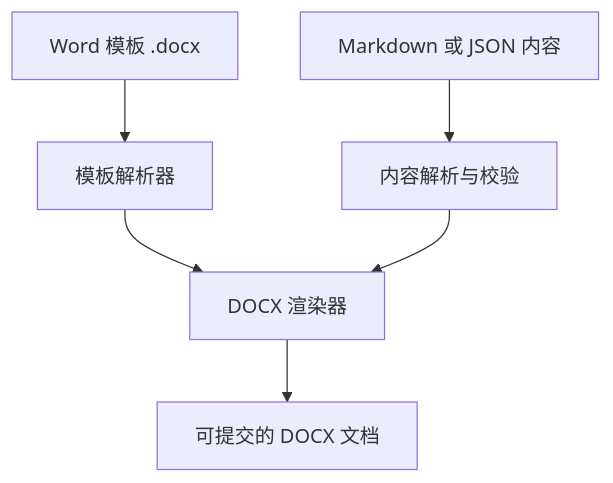
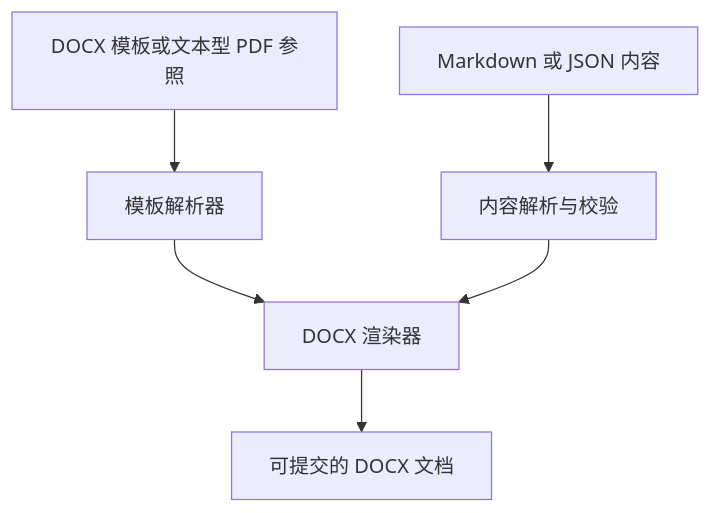
The diagram in README.zh-CN.md (Gluxggg/OpenThesis), drawn with Mermaid before and after one commit. The commit also changed other lines of this file and 15 other files, not shown here.

````diff
--- a/README.zh-CN.md
+++ b/README.zh-CN.md
@@ -44,8 +44,8 @@
 ```mermaid
 graph TD
-    A["Word 模板 .docx"] --> C["模板解析器"]
+    A["DOCX 模板或文本型 PDF 参照"] --> C["模板解析器"]
     B["Markdown 或 JSON 内容"] --> D["内容解析与校验"]
     C --> E["DOCX 渲染器"]
     D --> E
     E --> F["可提交的 DOCX 文档"]
 ```
````
